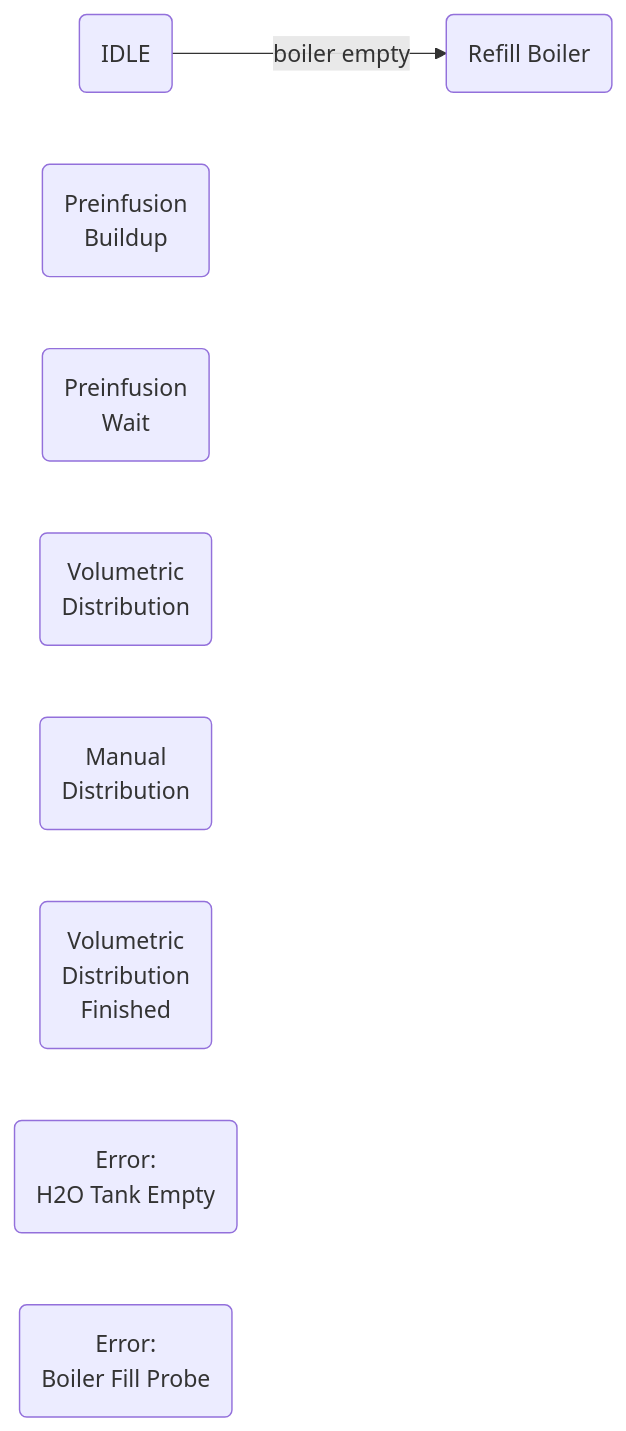
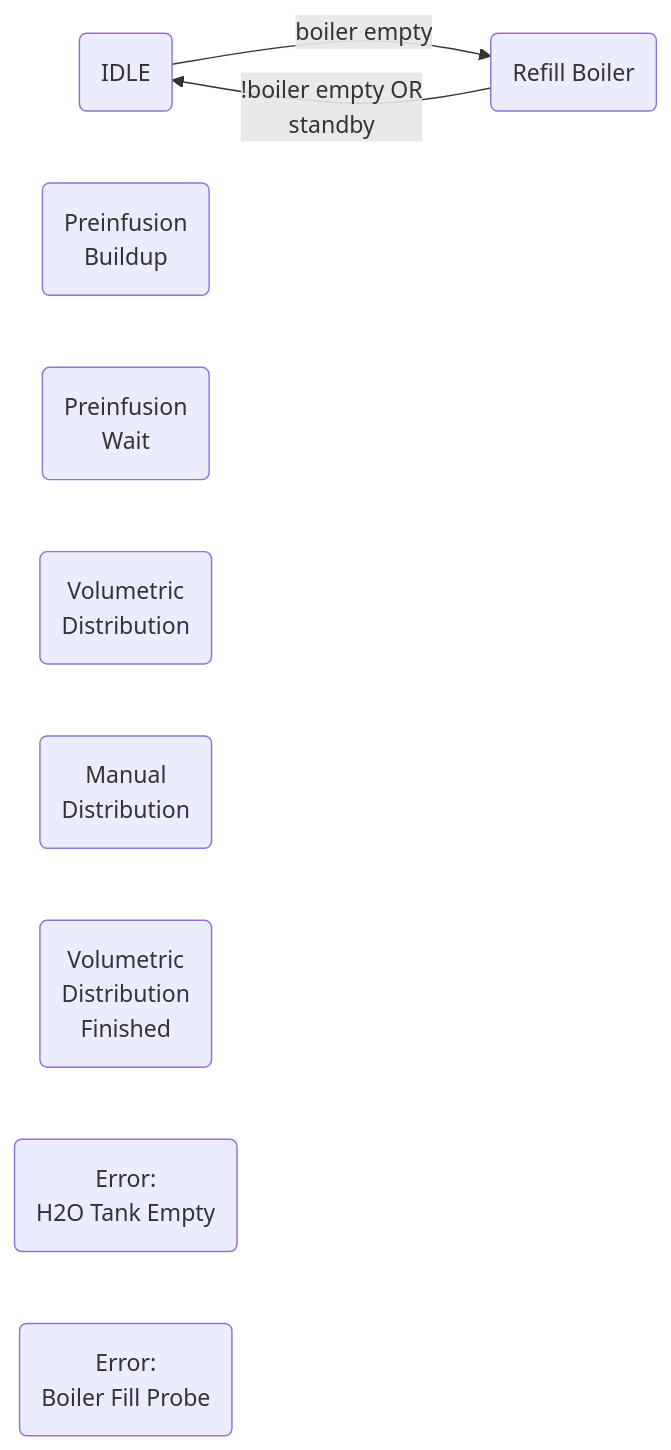
Before and after one commit to ggramlich26/BZ10_upgrade: the first of 4 diagrams in README.md, drawn with Mermaid. The commit also changed other lines of this file, not shown here.

````diff
--- a/README.md
+++ b/README.md
@@ -18,14 +18,15 @@
 ```mermaid
 graph LR
 idle(IDLE)
 refill_boiler(Refill Boiler)
 preinfusion_buildup(Preinfusion <br> Buildup)
 preinfusion_wait(Preinfusion <br> Wait)
 vol_dist(Volumetric <br> Distribution)
 man_dist(Manual <br> Distribution)
 vol_dist_finished(Volumetric <br> Distribution <br> Finished)
 error_tank("Error: <br> H2O Tank Empty")
 error_boiler("Error: <br> Boiler Fill Probe")
 
 idle--"boiler empty"-->refill_boiler
+refill_boiler--"!boiler empty OR <br> standby"-->idle
 ```
````
